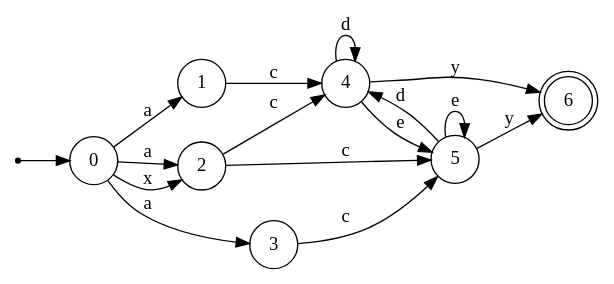
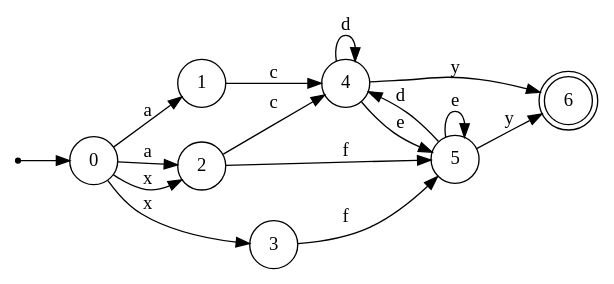
Before and after one commit to LeonardoDeFaveri/NFA-minimization: the diagram in mini_tests/nfa1.gv, drawn with Graphviz. The commit also changed 18 other files, not shown here.

```diff
--- a/mini_tests/nfa1.gv
+++ b/mini_tests/nfa1.gv
@@ -1,27 +1,27 @@
 digraph {
 	rankdir = LR;
 	size = "30,20";
 	node [shape = point]; "dummy0"
 	node [shape = circle]; "0"
 	"dummy0" -> "0";
 	node [shape = circle]; "1";
 	node [shape = circle]; "2";
 	node [shape = circle]; "3";
 	node [shape = circle]; "4";
 	node [shape = circle]; "5";
 	node [shape = doublecircle]; "6";
 	"0" -> "1" [label = "a"];
     "0" -> "2" [label = "a"];
     "0" -> "2" [label = "x"];
-    "0" -> "3" [label = "a"];
+    "0" -> "3" [label = "x"];
     "1" -> "4" [label = "c"];
     "2" -> "4" [label = "c"];
-    "2" -> "5" [label = "c"];
-    "3" -> "5" [label = "c"];
+    "2" -> "5" [label = "f"];
+    "3" -> "5" [label = "f"];
     "4" -> "4" [label = "d"];
     "4" -> "5" [label = "e"];
     "4" -> "6" [label = "y"];
     "5" -> "4" [label = "d"];
     "5" -> "5" [label = "e"];
     "5" -> "6" [label = "y"];
 }
```
